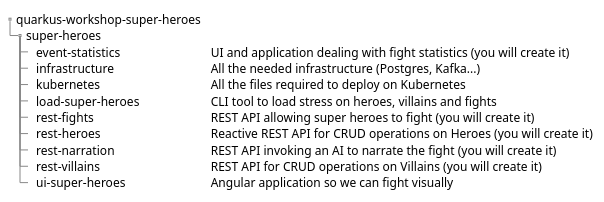
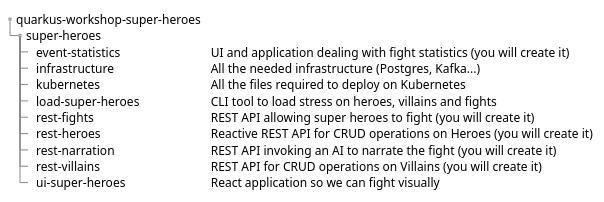
One commit to quarkusio/quarkus-workshops changed the second of 3 diagrams in quarkus-workshop-super-heroes/docs/src/docs/asciidoc/core-introduction/introduction-preparing.adoc. Above: the diagram before and after it, drawn with PlantUML. The commit also changed 67 other files, not shown here.

Commit message:
Migrate UI from Angular to React

```diff
--- a/quarkus-workshop-super-heroes/docs/src/docs/asciidoc/core-introduction/introduction-preparing.adoc
+++ b/quarkus-workshop-super-heroes/docs/src/docs/asciidoc/core-introduction/introduction-preparing.adoc
@@ -35,21 +35,21 @@
 [plantuml]
 ----
 @startsalt
 {
 {
 T
 quarkus-workshop-super-heroes
 + super-heroes
 ++ event-statistics        | UI and application dealing with fight statistics (you will create it)
 ++ infrastructure          | All the needed infrastructure (Postgres, Kafka...)
 ++ kubernetes              | All the files required to deploy on Kubernetes
 ++ load-super-heroes       | CLI tool to load stress on heroes, villains and fights
 ++ rest-fights             | REST API allowing super heroes to fight (you will create it)
 ++ rest-heroes             | Reactive REST API for CRUD operations on Heroes (you will create it)
 ++ rest-narration          | REST API invoking an AI to narrate the fight (you will create it)
 ++ rest-villains           | REST API for CRUD operations on Villains (you will create it)
-++ ui-super-heroes         | Angular application so we can fight visually
+++ ui-super-heroes         | React application so we can fight visually
 }
 }
 @endsalt
 ----
```
